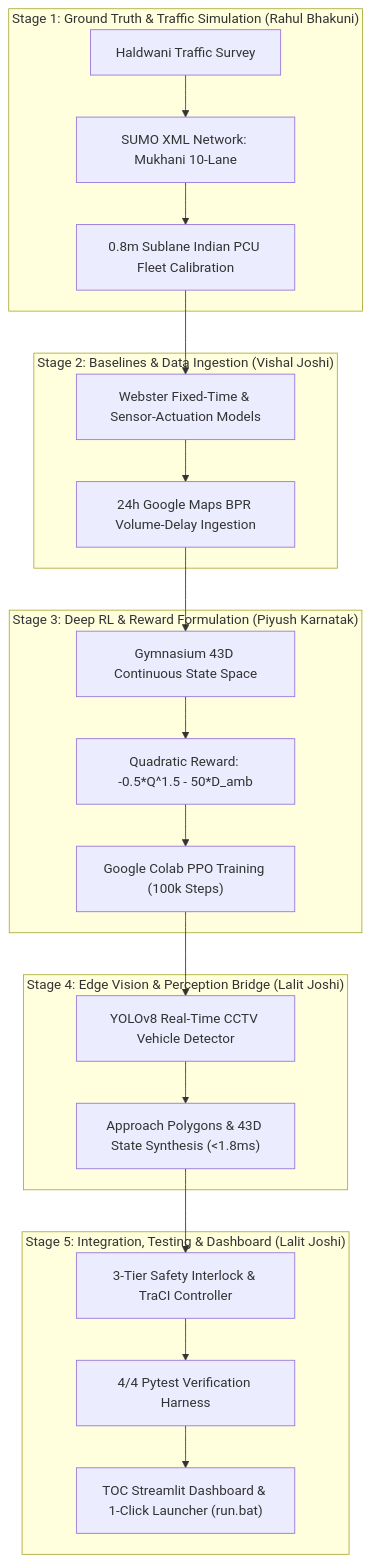
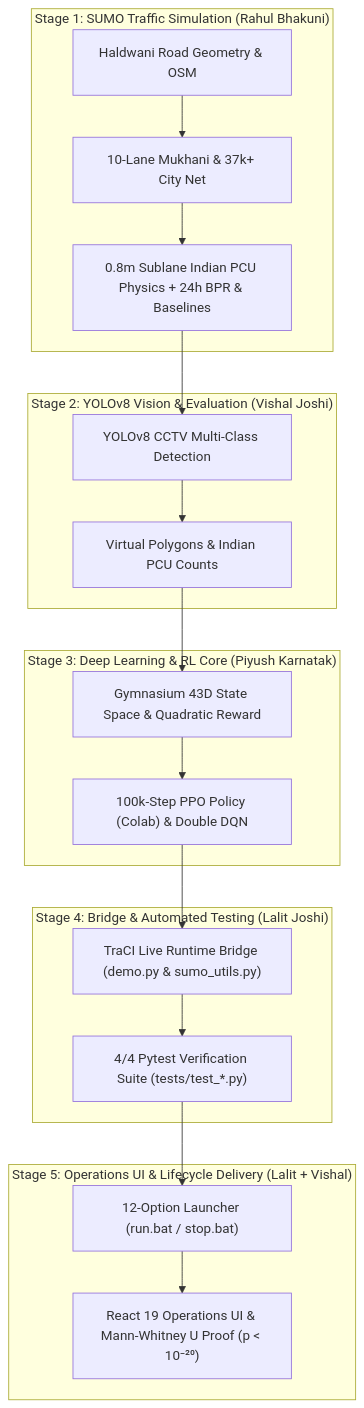
Before and after one commit to pk002-hunter/IntelliFlow: the diagram in INTELLIFLOW_MEMBER_REPORT_LALIT_JOSHI.md, drawn with Mermaid. The commit also changed other lines of this file and 3 other files, not shown here.

Commit message:
feat(ui,docs): align Team #54 roles across React UI, README, and Lalit Joshi dossier

````diff
--- a/INTELLIFLOW_MEMBER_REPORT_LALIT_JOSHI.md
+++ b/INTELLIFLOW_MEMBER_REPORT_LALIT_JOSHI.md
@@ -113,29 +94,27 @@
 ```mermaid
 flowchart TD
-    subgraph S1 ["Stage 1: Ground Truth & Traffic Simulation (Rahul Bhakuni)"]
-        A["Haldwani Traffic Survey"] --> B["SUMO XML Network: Mukhani 10-Lane"]
-        B --> C["0.8m Sublane Indian PCU Fleet Calibration"]
+    subgraph S1 ["Stage 1: SUMO Traffic Simulation (Rahul Bhakuni)"]
+        A["Haldwani Road Geometry & OSM"] --> B["10-Lane Mukhani & 37k+ City Net"]
+        B --> C["0.8m Sublane Indian PCU Physics + 24h BPR & Baselines"]
     end
 
-    subgraph S2 ["Stage 2: Baselines & Data Ingestion (Vishal Joshi)"]
-        C --> D["Webster Fixed-Time & Sensor-Actuation Models"]
-        D --> E["24h Google Maps BPR Volume-Delay Ingestion"]
+    subgraph S2 ["Stage 2: YOLOv8 Vision & Evaluation (Vishal Joshi)"]
+        C --> D["YOLOv8 CCTV Multi-Class Detection"]
+        D --> E["Virtual Polygons & Indian PCU Counts"]
     end
 
-    subgraph S3 ["Stage 3: Deep RL & Reward Formulation (Piyush Karnatak)"]
-        E --> F["Gymnasium 43D Continuous State Space"]
-        F --> G["Quadratic Reward: -0.5*Q^1.5 - 50*D_amb"]
-        G --> H["Google Colab PPO Training (100k Steps)"]
+    subgraph S3 ["Stage 3: Deep Learning & RL Core (Piyush Karnatak)"]
+        E --> F["Gymnasium 43D State Space & Quadratic Reward"]
+        F --> G["100k-Step PPO Policy (Colab) & Double DQN"]
     end
 
-    subgraph S4 ["Stage 4: Edge Vision & Perception Bridge (Lalit Joshi)"]
-        H --> I["YOLOv8 Real-Time CCTV Vehicle Detector"]
-        I --> J["Approach Polygons & 43D State Synthesis (<1.8ms)"]
+    subgraph S4 ["Stage 4: Bridge & Automated Testing (Lalit Joshi)"]
+        G --> H["TraCI Live Runtime Bridge (demo.py & sumo_utils.py)"]
+        H --> I["4/4 Pytest Verification Suite (tests/test_*.py)"]
     end
 
-    subgraph S5 ["Stage 5: Integration, Testing & Dashboard (Lalit Joshi)"]
-        J --> K["3-Tier Safety Interlock & TraCI Controller"]
-        K --> L["4/4 Pytest Verification Harness"]
-        L --> M["TOC Streamlit Dashboard & 1-Click Launcher (run.bat)"]
+    subgraph S5 ["Stage 5: Operations UI & Lifecycle Delivery (Lalit + Vishal)"]
+        I --> J["12-Option Launcher (run.bat / stop.bat)"]
+        J --> K["React 19 Operations UI & Mann-Whitney U Proof (p < 10⁻²⁰)"]
     end
 ```
````
